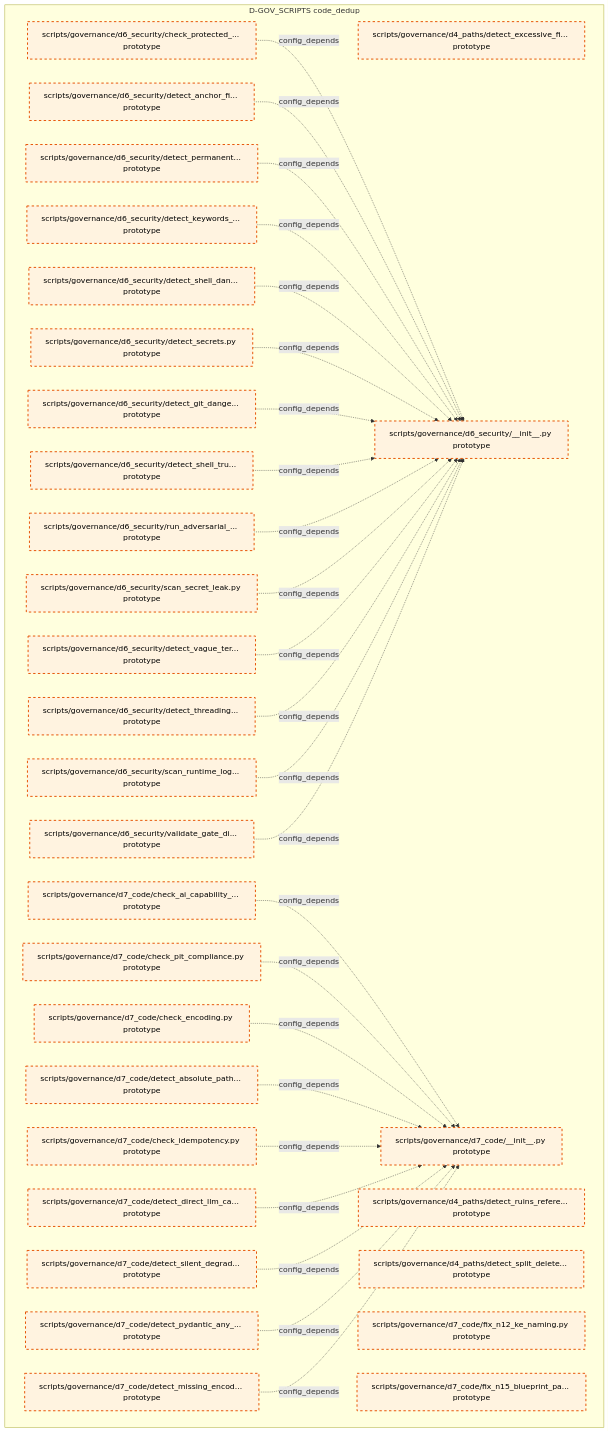
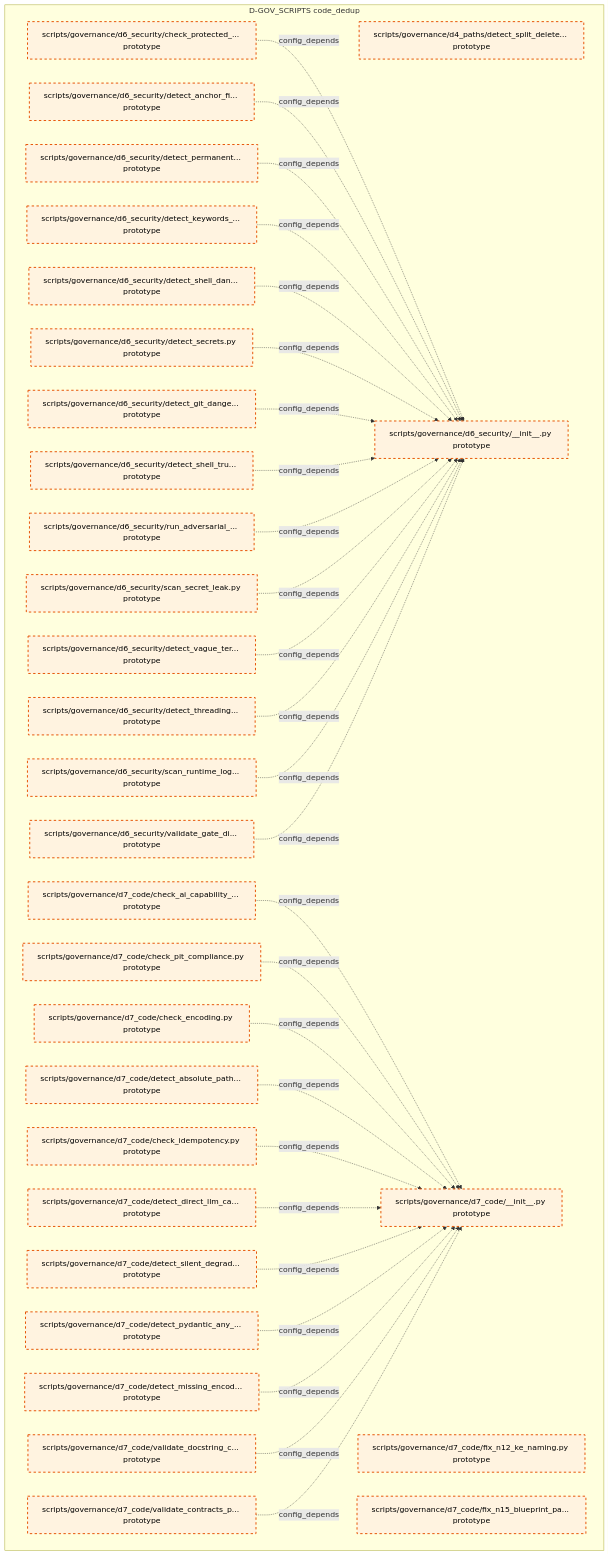
One commit to xuanFelixVan/ZephyrAlpha changed the eighth of 14 diagrams in docs/02_enterprise_architecture/02_domain_architecture_docs/39_d_gov_scripts.md. Above: the diagram before and after it, drawn with Mermaid. The commit also changed other lines of this file and 5 other files, not shown here.

Commit message:
chore(docs): auto-regenerate domain docs by GitCommitGateway post-commit [GW:exam-v5c-p63-depgraph:auto]

````diff
--- a/docs/02_enterprise_architecture/02_domain_architecture_docs/39_d_gov_scripts.md
+++ b/docs/02_enterprise_architecture/02_domain_architecture_docs/39_d_gov_scripts.md
@@ -929,63 +937,65 @@
 ```mermaid
 graph TD
     subgraph D_GOV_SCRIPTS["D-GOV_SCRIPTS code_dedup"]
-        scripts_governance_d4_paths_detect_excessive_file_moves_py["scripts/governance/d4_paths/detect_excessive_fi... prototype"]
-        scripts_governance_d4_paths_detect_ruins_references_py["scripts/governance/d4_paths/detect_ruins_refere... prototype"]
         scripts_governance_d4_paths_detect_split_delete_ref_commit_py["scripts/governance/d4_paths/detect_split_delete... prototype"]
         scripts_governance_d6_security_init_py["scripts/governance/d6_security/__init__.py prototype"]
         scripts_governance_d6_security_check_protected_paths_py["scripts/governance/d6_security/check_protected_... prototype"]
         scripts_governance_d6_security_detect_anchor_file_deletion_py["scripts/governance/d6_security/detect_anchor_fi... prototype"]
         scripts_governance_d6_security_detect_git_dangerous_py["scripts/governance/d6_security/detect_git_dange... prototype"]
         scripts_governance_d6_security_detect_keywords_in_logs_py["scripts/governance/d6_security/detect_keywords_... prototype"]
         scripts_governance_d6_security_detect_permanent_file_deletion_py["scripts/governance/d6_security/detect_permanent... prototype"]
         scripts_governance_d6_security_detect_secrets_py["scripts/governance/d6_security/detect_secrets.py prototype"]
         scripts_governance_d6_security_detect_shell_dangerous_py["scripts/governance/d6_security/detect_shell_dan... prototype"]
         scripts_governance_d6_security_detect_shell_true_py["scripts/governance/d6_security/detect_shell_tru... prototype"]
         scripts_governance_d6_security_detect_threading_lock_py["scripts/governance/d6_security/detect_threading... prototype"]
         scripts_governance_d6_security_detect_vague_terms_py["scripts/governance/d6_security/detect_vague_ter... prototype"]
         scripts_governance_d6_security_run_adversarial_checks_py["scripts/governance/d6_security/run_adversarial_... prototype"]
         scripts_governance_d6_security_scan_runtime_log_secrets_py["scripts/governance/d6_security/scan_runtime_log... prototype"]
         scripts_governance_d6_security_scan_secret_leak_py["scripts/governance/d6_security/scan_secret_leak.py prototype"]
         scripts_governance_d6_security_validate_gate_discipline_py["scripts/governance/d6_security/validate_gate_di... prototype"]
         scripts_governance_d7_code_init_py["scripts/governance/d7_code/__init__.py prototype"]
         scripts_governance_d7_code_check_ai_capability_boundary_py["scripts/governance/d7_code/check_ai_capability_... prototype"]
         scripts_governance_d7_code_check_encoding_py["scripts/governance/d7_code/check_encoding.py prototype"]
         scripts_governance_d7_code_check_idempotency_py["scripts/governance/d7_code/check_idempotency.py prototype"]
         scripts_governance_d7_code_check_pit_compliance_py["scripts/governance/d7_code/check_pit_compliance.py prototype"]
         scripts_governance_d7_code_detect_absolute_path_hardcoding_py["scripts/governance/d7_code/detect_absolute_path... prototype"]
         scripts_governance_d7_code_detect_direct_llm_calls_py["scripts/governance/d7_code/detect_direct_llm_ca... prototype"]
         scripts_governance_d7_code_detect_missing_encoding_py["scripts/governance/d7_code/detect_missing_encod... prototype"]
         scripts_governance_d7_code_detect_pydantic_any_fields_py["scripts/governance/d7_code/detect_pydantic_any_... prototype"]
         scripts_governance_d7_code_detect_silent_degradation_py["scripts/governance/d7_code/detect_silent_degrad... prototype"]
         scripts_governance_d7_code_fix_n12_ke_naming_py["scripts/governance/d7_code/fix_n12_ke_naming.py prototype"]
         scripts_governance_d7_code_fix_n15_blueprint_path_py["scripts/governance/d7_code/fix_n15_blueprint_pa... prototype"]
+        scripts_governance_d7_code_validate_contracts_purity_py["scripts/governance/d7_code/validate_contracts_p... prototype"]
+        scripts_governance_d7_code_validate_docstring_coverage_py["scripts/governance/d7_code/validate_docstring_c... prototype"]
     end
     scripts_governance_d6_security_check_protected_paths_py -.->|config_depends| scripts_governance_d6_security_init_py
     scripts_governance_d6_security_detect_anchor_file_deletion_py -.->|config_depends| scripts_governance_d6_security_init_py
     scripts_governance_d6_security_detect_permanent_file_deletion_py -.->|config_depends| scripts_governance_d6_security_init_py
     scripts_governance_d6_security_detect_keywords_in_logs_py -.->|config_depends| scripts_governance_d6_security_init_py
     scripts_governance_d6_security_detect_shell_dangerous_py -.->|config_depends| scripts_governance_d6_security_init_py
     scripts_governance_d6_security_detect_secrets_py -.->|config_depends| scripts_governance_d6_security_init_py
     scripts_governance_d6_security_detect_git_dangerous_py -.->|config_depends| scripts_governance_d6_security_init_py
     scripts_governance_d6_security_detect_shell_true_py -.->|config_depends| scripts_governance_d6_security_init_py
     scripts_governance_d6_security_run_adversarial_checks_py -.->|config_depends| scripts_governance_d6_security_init_py
     scripts_governance_d6_security_scan_secret_leak_py -.->|config_depends| scripts_governance_d6_security_init_py
     scripts_governance_d6_security_detect_vague_terms_py -.->|config_depends| scripts_governance_d6_security_init_py
     scripts_governance_d6_security_detect_threading_lock_py -.->|config_depends| scripts_governance_d6_security_init_py
     scripts_governance_d6_security_scan_runtime_log_secrets_py -.->|config_depends| scripts_governance_d6_security_init_py
     scripts_governance_d6_security_validate_gate_discipline_py -.->|config_depends| scripts_governance_d6_security_init_py
     scripts_governance_d7_code_check_ai_capability_boundary_py -.->|config_depends| scripts_governance_d7_code_init_py
     scripts_governance_d7_code_check_pit_compliance_py -.->|config_depends| scripts_governance_d7_code_init_py
     scripts_governance_d7_code_check_encoding_py -.->|config_depends| scripts_governance_d7_code_init_py
     scripts_governance_d7_code_detect_absolute_path_hardcoding_py -.->|config_depends| scripts_governance_d7_code_init_py
     scripts_governance_d7_code_check_idempotency_py -.->|config_depends| scripts_governance_d7_code_init_py
     scripts_governance_d7_code_detect_direct_llm_calls_py -.->|config_depends| scripts_governance_d7_code_init_py
     scripts_governance_d7_code_detect_silent_degradation_py -.->|config_depends| scripts_governance_d7_code_init_py
     scripts_governance_d7_code_detect_pydantic_any_fields_py -.->|config_depends| scripts_governance_d7_code_init_py
     scripts_governance_d7_code_detect_missing_encoding_py -.->|config_depends| scripts_governance_d7_code_init_py
+    scripts_governance_d7_code_validate_docstring_coverage_py -.->|config_depends| scripts_governance_d7_code_init_py
+    scripts_governance_d7_code_validate_contracts_purity_py -.->|config_depends| scripts_governance_d7_code_init_py
     classDef production fill:#e1f5fe,stroke:#01579b,stroke-width:2px,color:#000
     classDef design fill:#fff3e0,stroke:#e65100,stroke-width:2px,color:#000,stroke-dasharray: 5 5
     classDef external_prod fill:#e8f5e9,stroke:#1b5e20,stroke-width:1px,color:#000
     classDef external_design fill:#fce4ec,stroke:#880e4f,stroke-width:1px,color:#000,stroke-dasharray: 5 5
-    class scripts_governance_d4_paths_detect_excessive_file_moves_py,scripts_governance_d4_paths_detect_ruins_references_py,scripts_governance_d4_paths_detect_split_delete_ref_commit_py,scripts_governance_d6_security_init_py,scripts_governance_d6_security_check_protected_paths_py,scripts_governance_d6_security_detect_anchor_file_deletion_py,scripts_governance_d6_security_detect_git_dangerous_py,scripts_governance_d6_security_detect_keywords_in_logs_py,scripts_governance_d6_security_detect_permanent_file_deletion_py,scripts_governance_d6_security_detect_secrets_py,scripts_governance_d6_security_detect_shell_dangerous_py,scripts_governance_d6_security_detect_shell_true_py,scripts_governance_d6_security_detect_threading_lock_py,scripts_governance_d6_security_detect_vague_terms_py,scripts_governance_d6_security_run_adversarial_checks_py,scripts_governance_d6_security_scan_runtime_log_secrets_py,scripts_governance_d6_security_scan_secret_leak_py,scripts_governance_d6_security_validate_gate_discipline_py,scripts_governance_d7_code_init_py,scripts_governance_d7_code_check_ai_capability_boundary_py,scripts_governance_d7_code_check_encoding_py,scripts_governance_d7_code_check_idempotency_py,scripts_governance_d7_code_check_pit_compliance_py,scripts_governance_d7_code_detect_absolute_path_hardcoding_py,scripts_governance_d7_code_detect_direct_llm_calls_py,scripts_governance_d7_code_detect_missing_encoding_py,scripts_governance_d7_code_detect_pydantic_any_fields_py,scripts_governance_d7_code_detect_silent_degradation_py,scripts_governance_d7_code_fix_n12_ke_naming_py,scripts_governance_d7_code_fix_n15_blueprint_path_py design
+    class scripts_governance_d4_paths_detect_split_delete_ref_commit_py,scripts_governance_d6_security_init_py,scripts_governance_d6_security_check_protected_paths_py,scripts_governance_d6_security_detect_anchor_file_deletion_py,scripts_governance_d6_security_detect_git_dangerous_py,scripts_governance_d6_security_detect_keywords_in_logs_py,scripts_governance_d6_security_detect_permanent_file_deletion_py,scripts_governance_d6_security_detect_secrets_py,scripts_governance_d6_security_detect_shell_dangerous_py,scripts_governance_d6_security_detect_shell_true_py,scripts_governance_d6_security_detect_threading_lock_py,scripts_governance_d6_security_detect_vague_terms_py,scripts_governance_d6_security_run_adversarial_checks_py,scripts_governance_d6_security_scan_runtime_log_secrets_py,scripts_governance_d6_security_scan_secret_leak_py,scripts_governance_d6_security_validate_gate_discipline_py,scripts_governance_d7_code_init_py,scripts_governance_d7_code_check_ai_capability_boundary_py,scripts_governance_d7_code_check_encoding_py,scripts_governance_d7_code_check_idempotency_py,scripts_governance_d7_code_check_pit_compliance_py,scripts_governance_d7_code_detect_absolute_path_hardcoding_py,scripts_governance_d7_code_detect_direct_llm_calls_py,scripts_governance_d7_code_detect_missing_encoding_py,scripts_governance_d7_code_detect_pydantic_any_fields_py,scripts_governance_d7_code_detect_silent_degradation_py,scripts_governance_d7_code_fix_n12_ke_naming_py,scripts_governance_d7_code_fix_n15_blueprint_path_py,scripts_governance_d7_code_validate_contracts_purity_py,scripts_governance_d7_code_validate_docstring_coverage_py design
 ```
````
